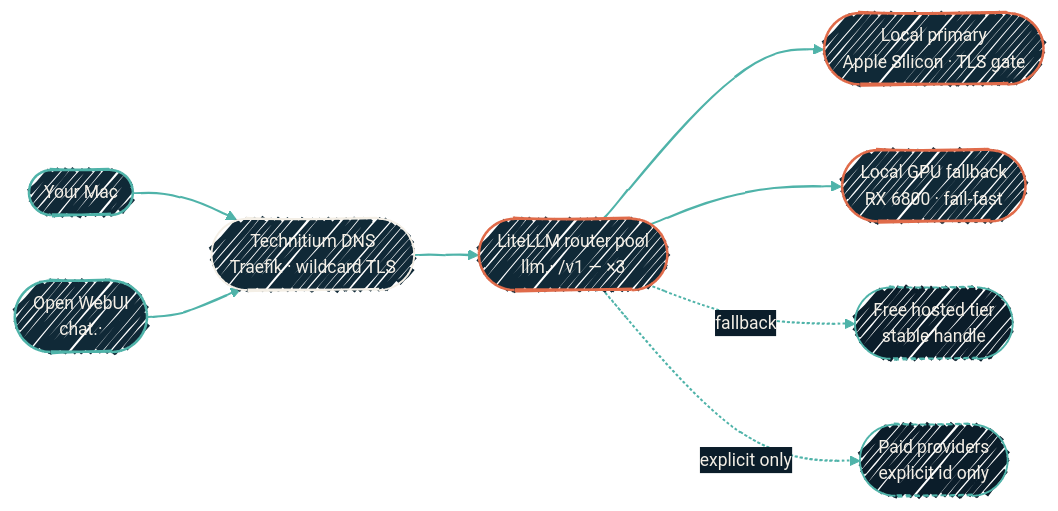
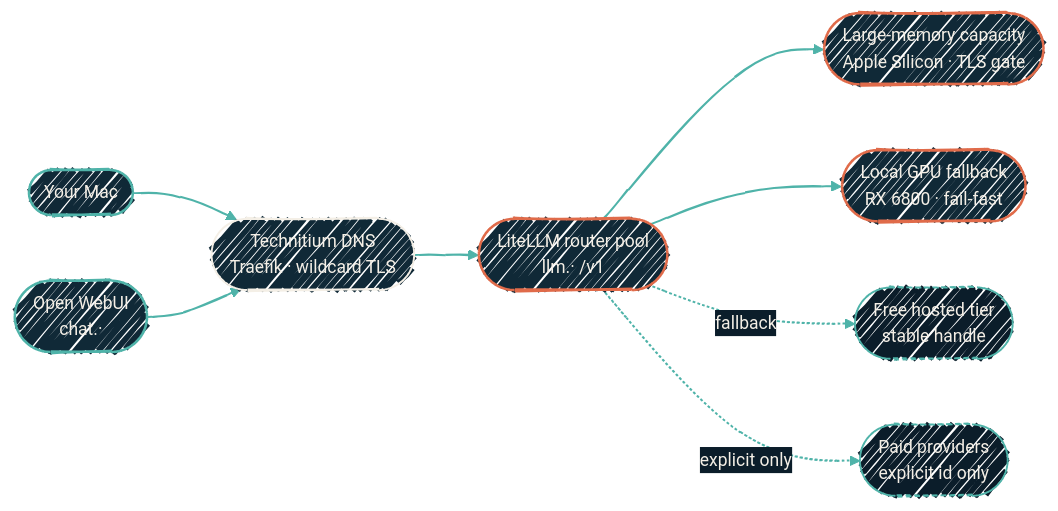
One commit to dryvist/docs changed the diagram in local-llm/homelab-gpu.mdx. Above: the diagram before and after it, drawn with Mermaid. The commit also changed other lines of this file and 100 other files, not shown here.

````diff
--- a/local-llm/homelab-gpu.mdx
+++ b/local-llm/homelab-gpu.mdx
@@ -53,33 +59,33 @@
 ```mermaid
 %%{init:
   {'theme':'base','look':'handDrawn','themeVariables':{'fontFamily':'Geist','fontSize':'14px','primaryColor':'#102937','primaryTextColor':'#F4EFE6','primaryBorderColor':'#4FB3A9','lineColor':'#4FB3A9','secondaryColor':'#0B1D2A','tertiaryColor':'#1A2A38','clusterBkg':'rgba(79,179,169,0.08)','clusterBorder':'#4FB3A9'}}}%%
   flowchart LR
   Mac([Your Mac])
   Chat([Open WebUI<br/>chat.·])
   Edge([Technitium DNS<br/>Traefik · wildcard TLS])
-  Pool([LiteLLM router pool<br/>llm.· /v1 — ×3])
-  Large([Local primary<br/>Apple Silicon · TLS gate])
+  Pool([LiteLLM router pool<br/>llm.· /v1])
+  Large([Large-memory capacity<br/>Apple Silicon · TLS gate])
   Fast([Local GPU fallback<br/>RX 6800 · fail-fast])
   Free([Free hosted tier<br/>stable handle])
   Paid([Paid providers<br/>explicit id only])
 
   Mac --> Edge
   Chat --> Edge
   Edge --> Pool
   Pool --> Large
   Pool --> Fast
   Pool -.fallback.-> Free
   Pool -.explicit only.-> Paid
 
   classDef host fill:#102937,stroke:#4FB3A9,stroke-width:2px,color:#F4EFE6;
   classDef edge fill:#102937,stroke:#F4EFE6,stroke-width:1.5px,color:#F4EFE6;
   classDef ai   fill:#102937,stroke:#E06B4A,stroke-width:2px,color:#F4EFE6;
   classDef cloud fill:#0B1D2A,stroke:#4FB3A9,stroke-width:1.5px,color:#F4EFE6,stroke-dasharray: 4 3;
 
   class Mac,Chat host
   class Edge edge
   class Pool,Large,Fast ai
   class Free,Paid cloud
 
   linkStyle default stroke:#4FB3A9,stroke-width:1.5px;
 ```
````
